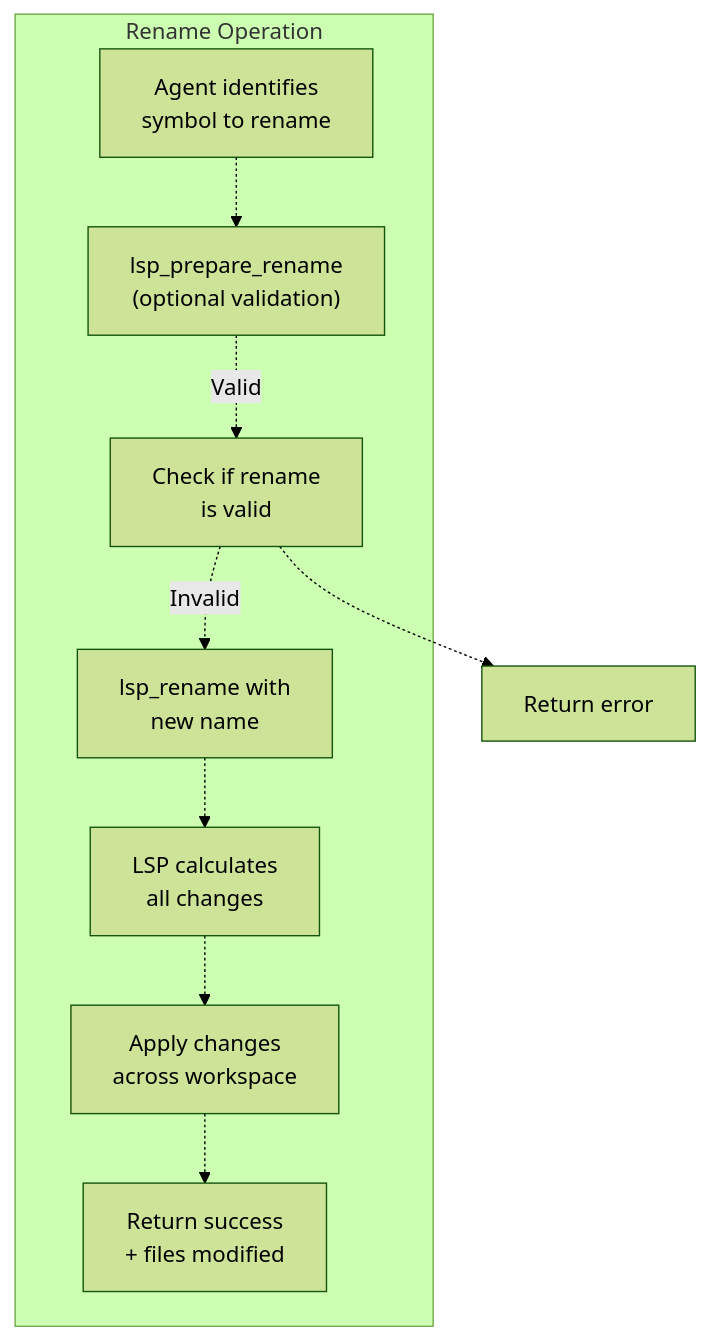
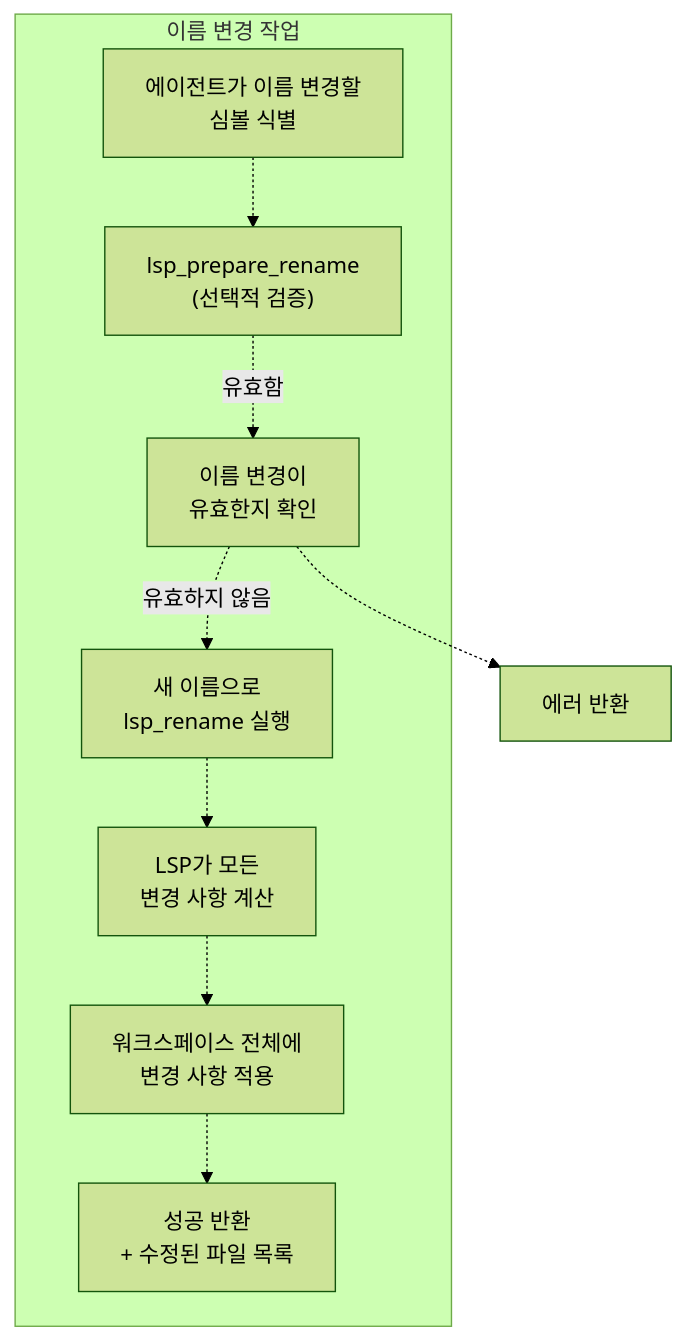
Before and after one commit to felipetruman/oh-my-opencode-docs: the fourth of 7 diagrams in docs/tools/lsp-tools.md, drawn with Mermaid (forest theme). The commit also changed other lines of this file and 76 other files, not shown here.

````diff
--- a/docs/tools/lsp-tools.md
+++ b/docs/tools/lsp-tools.md
@@ -245,30 +245,30 @@
 ```mermaid
 flowchart TD
 
-Start["Agent identifies<br>symbol to rename"]
-Prepare["lsp_prepare_rename<br>(optional validation)"]
-Check["Check if rename<br>is valid"]
-Execute["lsp_rename with<br>new name"]
-Changes["LSP calculates<br>all changes"]
-Apply["Apply changes<br>across workspace"]
-Complete["Return success<br>+ files modified"]
-Error["Return error"]
+Start["에이전트가 이름 변경할<br>심볼 식별"]
+Prepare["lsp_prepare_rename<br>(선택적 검증)"]
+Check["이름 변경이<br>유효한지 확인"]
+Execute["새 이름으로<br>lsp_rename 실행"]
+Changes["LSP가 모든<br>변경 사항 계산"]
+Apply["워크스페이스 전체에<br>변경 사항 적용"]
+Complete["성공 반환<br>+ 수정된 파일 목록"]
+Error["에러 반환"]
 
 Check -.-> Error
 
-subgraph subGraph0 ["Rename Operation"]
+subgraph subGraph0 ["이름 변경 작업"]
     Start
     Prepare
     Check
     Execute
     Changes
     Apply
     Complete
     Start -.-> Prepare
-    Prepare -.->|"Valid"| Check
-    Check -.->|"Invalid"| Execute
+    Prepare -.->|"유효함"| Check
+    Check -.->|"유효하지 않음"| Execute
     Execute -.-> Changes
     Changes -.-> Apply
     Apply -.-> Complete
 end
 ```
````
